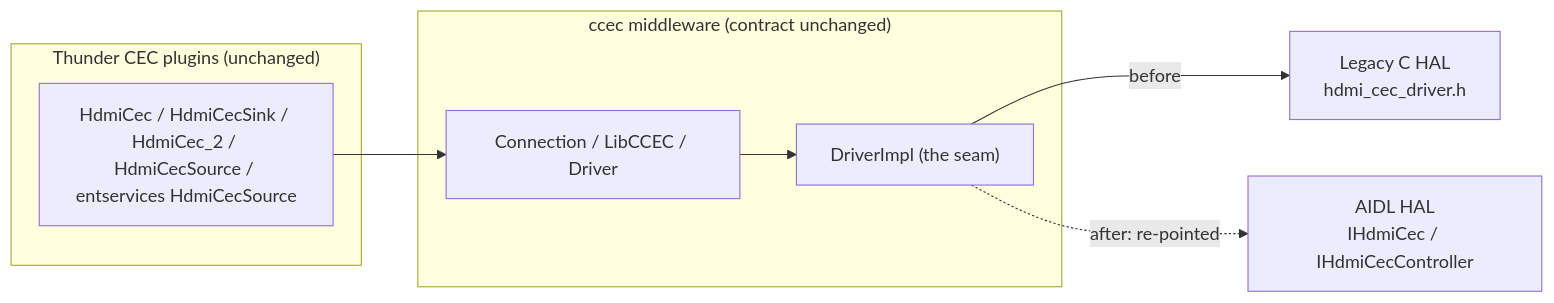
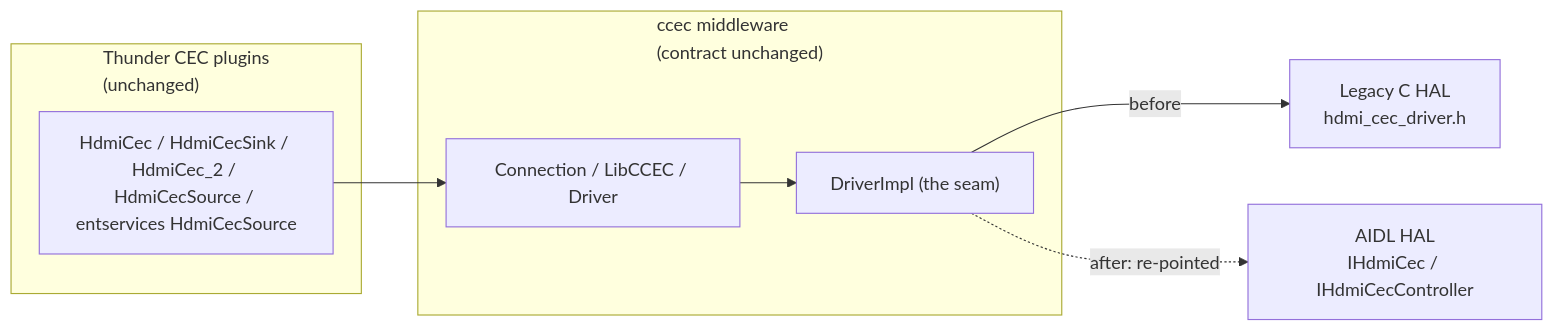
One commit to Blitzy-Sky/rdk-halif-aidl changed the first of 3 diagrams in hdmicec/current/docs/migration_mapping.md. Above: the diagram before and after it, drawn with Mermaid. The commit also changed other lines of this file, not shown here.

````diff
--- a/hdmicec/current/docs/migration_mapping.md
+++ b/hdmicec/current/docs/migration_mapping.md
@@ -69,15 +69,16 @@
 ```mermaid
+%%{init: {"flowchart": {"subGraphTitleMargin": {"top": 0, "bottom": 25}}}}%%
 flowchart LR
-    subgraph PLUGINS["Thunder CEC plugins (unchanged)"]
+    subgraph PLUGINS["Thunder CEC plugins<br/>(unchanged)"]
         P["HdmiCec / HdmiCecSink / HdmiCec_2 / HdmiCecSource / entservices HdmiCecSource"]
     end
-    subgraph CCEC["ccec middleware (contract unchanged)"]
+    subgraph CCEC["ccec middleware<br/>(contract unchanged)"]
         CONN["Connection / LibCCEC / Driver"]
         DRV["DriverImpl (the seam)"]
     end
     OLD["Legacy C HAL<br/>hdmi_cec_driver.h"]
     NEW["AIDL HAL<br/>IHdmiCec / IHdmiCecController"]
     P --> CONN --> DRV
     DRV -->|before| OLD
     DRV -.->|after: re-pointed| NEW
 ```
````
